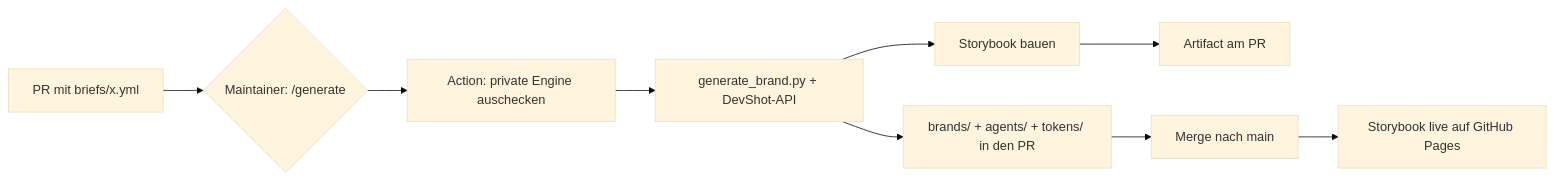
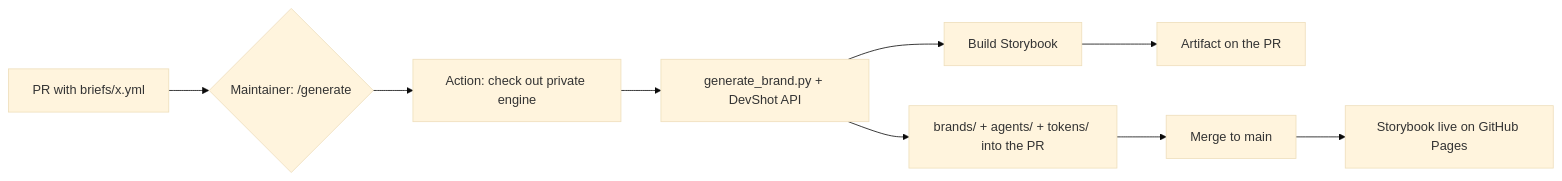
The diagram in README.md (anticipaterdotcom/ai-corporate-design-generator), drawn with Mermaid (base theme) before and after one commit. The commit also changed other lines of this file and 5 other files, not shown here.

````diff
--- a/README.md
+++ b/README.md
@@ -33,11 +34,11 @@
 ```mermaid
 flowchart LR
-    A[PR mit briefs/x.yml] --> B{Maintainer: /generate}
-    B --> C[Action: private Engine auschecken]
-    C --> D[generate_brand.py + DevShot-API]
-    D --> E[brands/ + agents/ + tokens/ in den PR]
-    D --> F[Storybook bauen]
-    F --> G[Artifact am PR]
-    E --> H[Merge nach main]
-    H --> I[Storybook live auf GitHub Pages]
+    A[PR with briefs/x.yml] --> B{Maintainer: /generate}
+    B --> C[Action: check out private engine]
+    C --> D[generate_brand.py + DevShot API]
+    D --> E[brands/ + agents/ + tokens/ into the PR]
+    D --> F[Build Storybook]
+    F --> G[Artifact on the PR]
+    E --> H[Merge to main]
+    H --> I[Storybook live on GitHub Pages]
 ```
````
